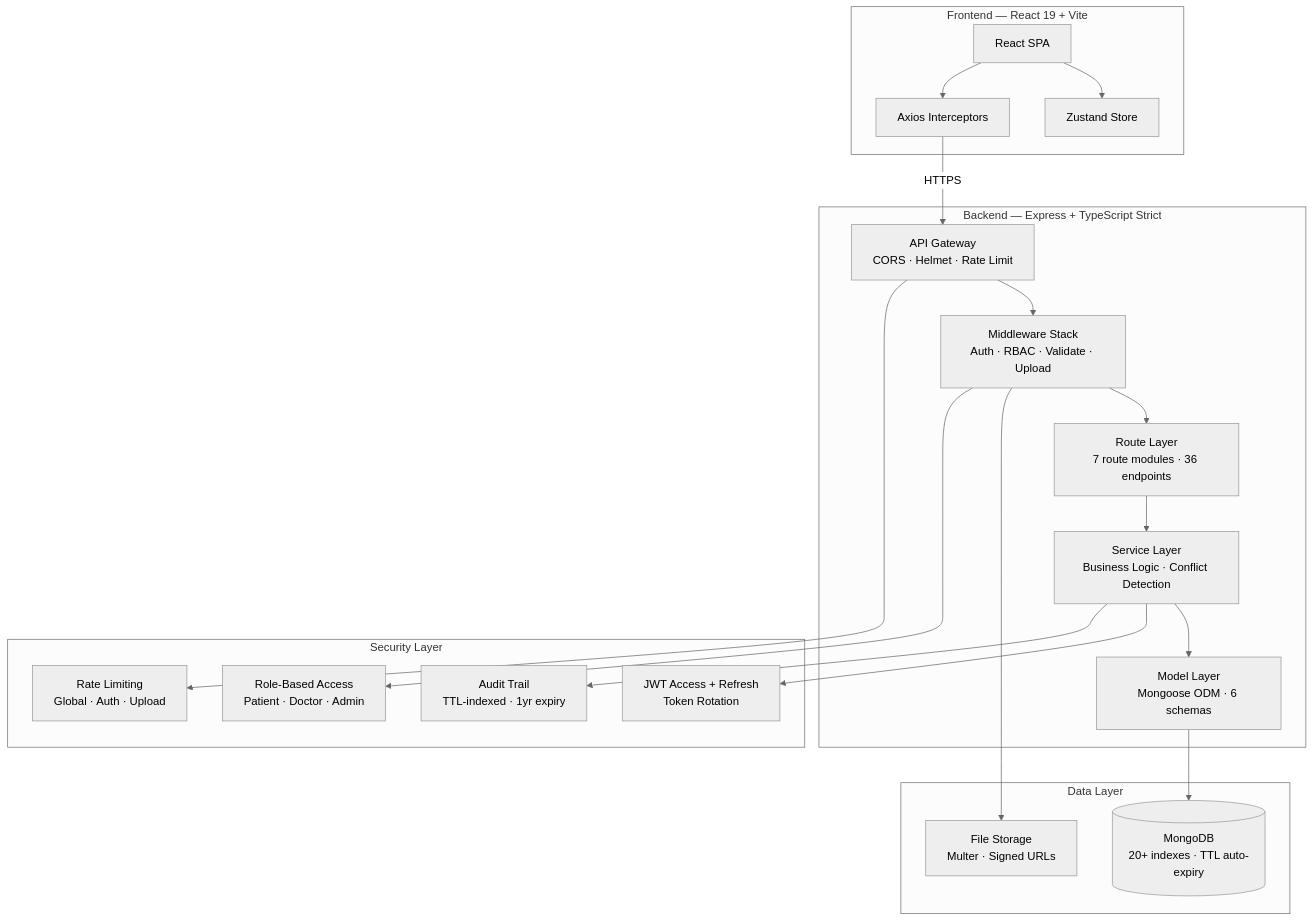
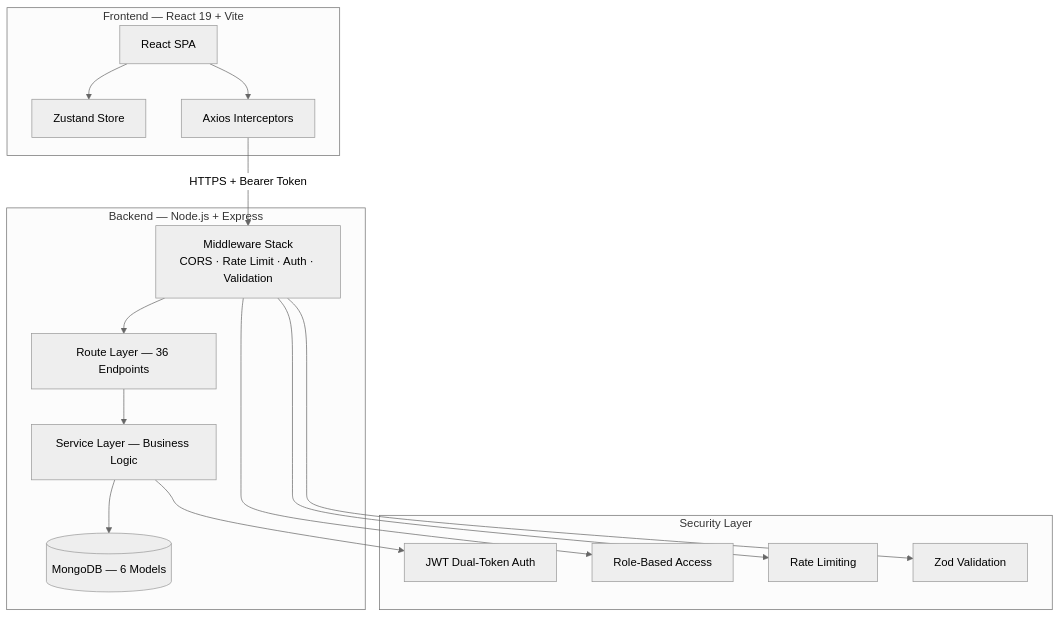
The first of 3 diagrams in Readme.md (Sarika-stack23/Healthcare-booking-platform), drawn with Mermaid (neutral theme) before and after one commit. The commit also changed other lines of this file, not shown here.

````diff
--- a/Readme.md
+++ b/Readme.md
@@ -44,39 +74,31 @@
 ```mermaid
 graph TB
     subgraph Client["Frontend — React 19 + Vite"]
         UI[React SPA]
         ZS[Zustand Store]
         AX[Axios Interceptors]
         UI --> ZS
         UI --> AX
     end
 
-    subgraph Server["Backend — Express + TypeScript Strict"]
-        GW[API Gateway<br/>CORS · Helmet · Rate Limit]
-        MW[Middleware Stack<br/>Auth · RBAC · Validate · Upload]
-        RT[Route Layer<br/>7 route modules · 36 endpoints]
-        SV[Service Layer<br/>Business Logic · Conflict Detection]
-        MD[Model Layer<br/>Mongoose ODM · 6 schemas]
-    end
-
-    subgraph Data["Data Layer"]
-        DB[(MongoDB<br/>20+ indexes · TTL auto-expiry)]
-        FS[File Storage<br/>Multer · Signed URLs]
+    subgraph Server["Backend — Node.js + Express"]
+        MW["Middleware Stack<br/>CORS · Rate Limit · Auth · Validation"]
+        RT[Route Layer — 36 Endpoints]
+        SV[Service Layer — Business Logic]
+        DB[(MongoDB — 6 Models)]
+        MW --> RT --> SV --> DB
     end
 
     subgraph Security["Security Layer"]
-        JWT[JWT Access + Refresh<br/>Token Rotation]
-        RBAC[Role-Based Access<br/>Patient · Doctor · Admin]
-        RL[Rate Limiting<br/>Global · Auth · Upload]
-        AUDIT[Audit Trail<br/>TTL-indexed · 1yr expiry]
+        JWT[JWT Dual-Token Auth]
+        RBAC[Role-Based Access]
+        RL[Rate Limiting]
+        VAL[Zod Validation]
     end
 
-    AX -->|HTTPS| GW
-    GW --> MW --> RT --> SV --> MD
-    MD --> DB
-    MW --> FS
+    AX -->|HTTPS + Bearer Token| MW
     SV --> JWT
     MW --> RBAC
-    GW --> RL
-    SV --> AUDIT
+    MW --> RL
+    MW --> VAL
 ```
````
